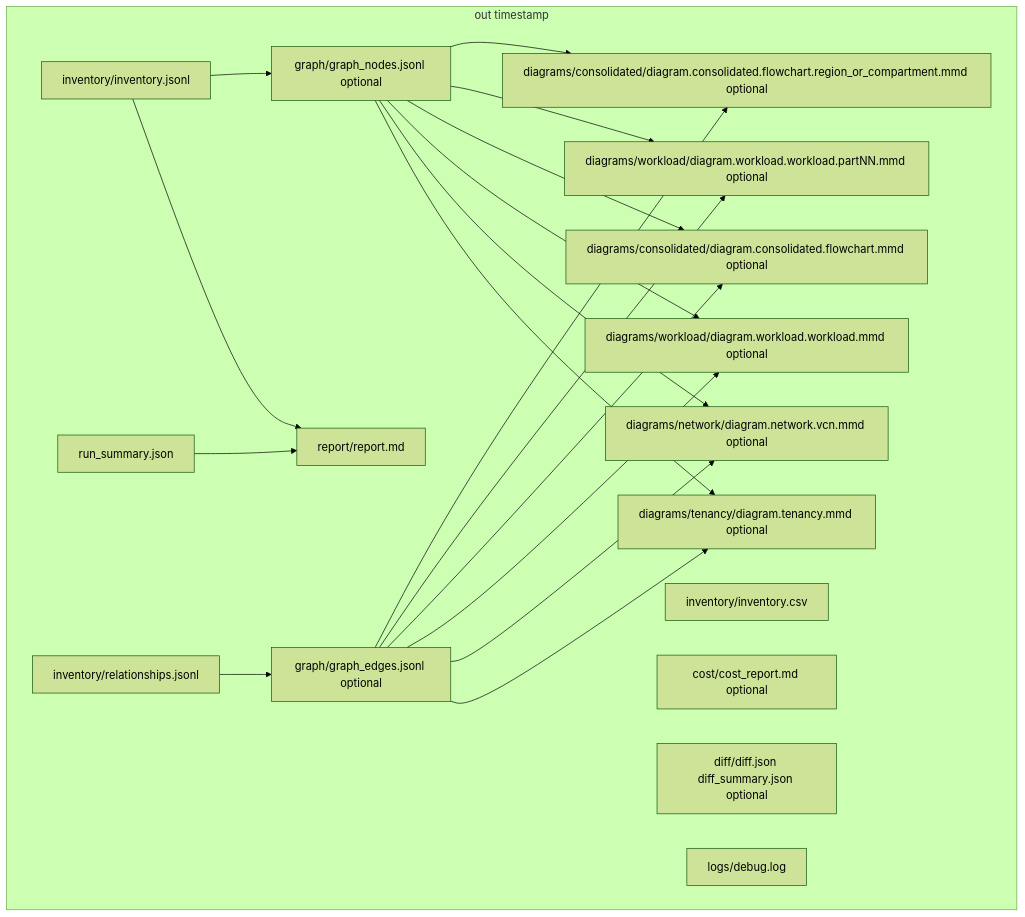
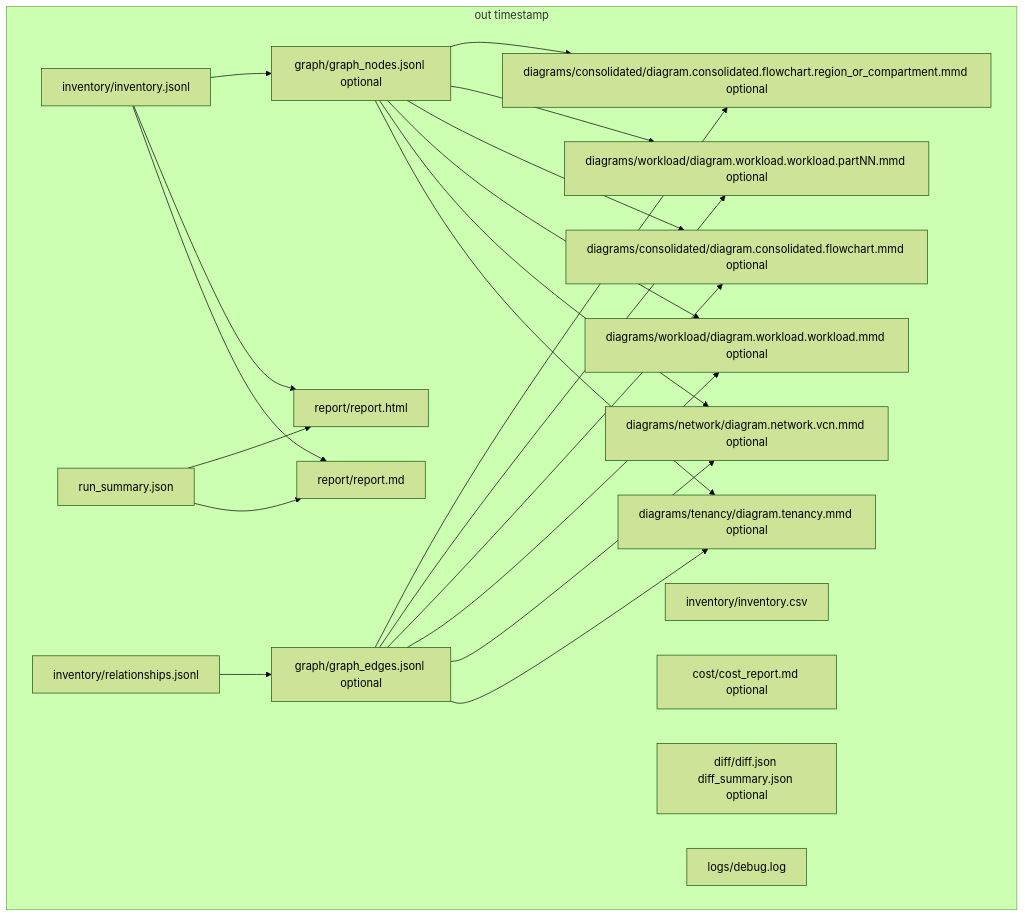
Before and after one commit to javierchan/oci: the second of 2 diagrams in inventory/README.md, drawn with Mermaid (forest theme). The commit also changed other lines of this file and 3 other files, not shown here.

Commit message:
feat: update maxSteps for coordinator, inv-build, and inv-plan agents; enhance README with HTML report and offline rebuild commands

````diff
--- a/inventory/README.md
+++ b/inventory/README.md
@@ -375,37 +388,40 @@
 ```mermaid
 flowchart TB
 subgraph out_ts[out timestamp]
     inv[inventory/inventory.jsonl]
     csv[inventory/inventory.csv]
     rel[inventory/relationships.jsonl]
     nodes[graph/graph_nodes.jsonl optional]
     edges[graph/graph_edges.jsonl optional]
     ten[diagrams/tenancy/diagram.tenancy.mmd optional]
     net[diagrams/network/diagram.network.vcn.mmd optional]
     wl[diagrams/workload/diagram.workload.workload.mmd optional]
     wl_parts[diagrams/workload/diagram.workload.workload.partNN.mmd optional]
     cons_fc[diagrams/consolidated/diagram.consolidated.flowchart.mmd optional]
     cons_fc_split[diagrams/consolidated/diagram.consolidated.flowchart.region_or_compartment.mmd optional]
     rpt[report/report.md]
+    rpt_html[report/report.html]
     sum[run_summary.json]
     cost[cost/cost_report.md optional]
     diff[diff/diff.json diff_summary.json optional]
     log[logs/debug.log]
   end
   inv --> rpt
   sum --> rpt
+  inv --> rpt_html
+  sum --> rpt_html
   inv --> nodes
   rel --> edges
   nodes --> ten
   edges --> ten
   nodes --> net
   edges --> net
   nodes --> wl
   edges --> wl
   nodes --> cons_fc
   edges --> cons_fc
   nodes --> wl_parts
   edges --> wl_parts
   nodes --> cons_fc_split
   edges --> cons_fc_split
 ```
````
